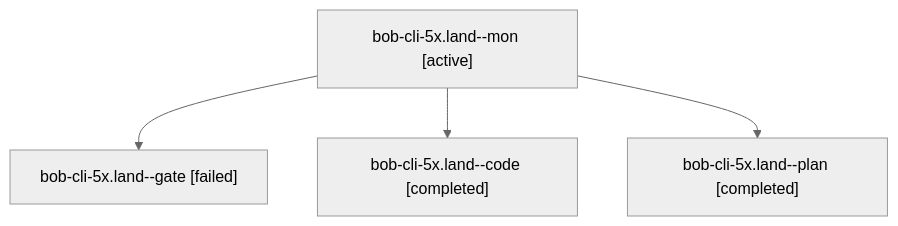
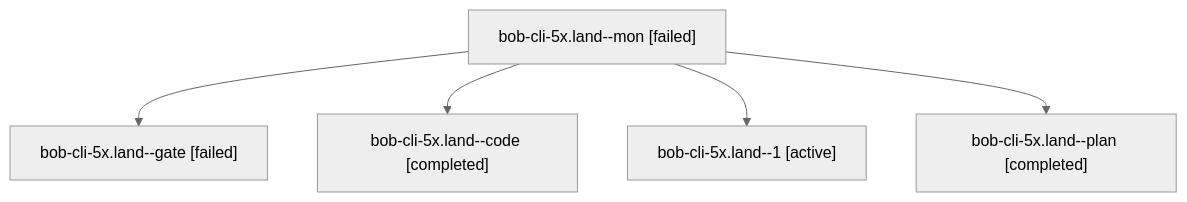
The diagram in sessions/bbugyi200.athena.bob-cli-5x.land.md (bobs-org/bob-cli--agents), drawn with Mermaid (neutral theme) before and after one commit. The commit also changed other lines of this file and 34 other files, not shown here.

````diff
--- a/sessions/bbugyi200.athena.bob-cli-5x.land.md
+++ b/sessions/bbugyi200.athena.bob-cli-5x.land.md
@@ -9,10 +9,12 @@
 ```mermaid
 flowchart TD
-  n0["bob-cli-5x.land--mon [active]"]
+  n0["bob-cli-5x.land--mon [failed]"]
   n1["bob-cli-5x.land--gate [failed]"]
   n0 --> n1
   n2["bob-cli-5x.land--code [completed]"]
   n0 --> n2
-  n3["bob-cli-5x.land--plan [completed]"]
+  n3["bob-cli-5x.land--1 [active]"]
   n0 --> n3
+  n4["bob-cli-5x.land--plan [completed]"]
+  n0 --> n4
 ```
````
